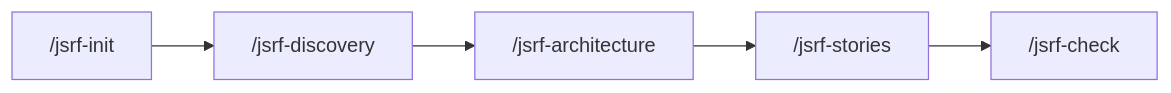
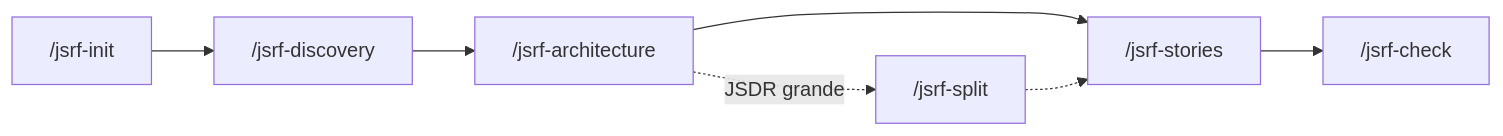
The diagram in README.md (javiersrf/skills), drawn with Mermaid before and after one commit. The commit also changed other lines of this file and 4 other files, not shown here.

Commit message:
feat: add jsrf-split skill and module support in stories/check

````diff
--- a/README.md
+++ b/README.md
@@ -43,4 +44,5 @@
 ```mermaid
 graph LR
   I["/jsrf-init"] --> D["/jsrf-discovery"] --> A["/jsrf-architecture"] --> S["/jsrf-stories"] --> C["/jsrf-check"]
+  A -. JSDR grande .-> SP["/jsrf-split"] -.-> S
 ```
````
